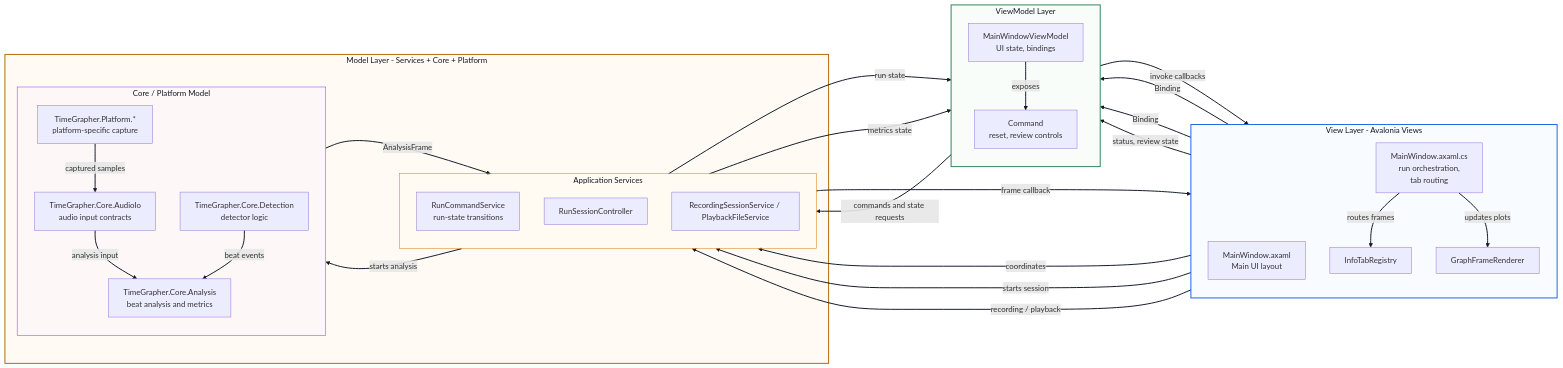
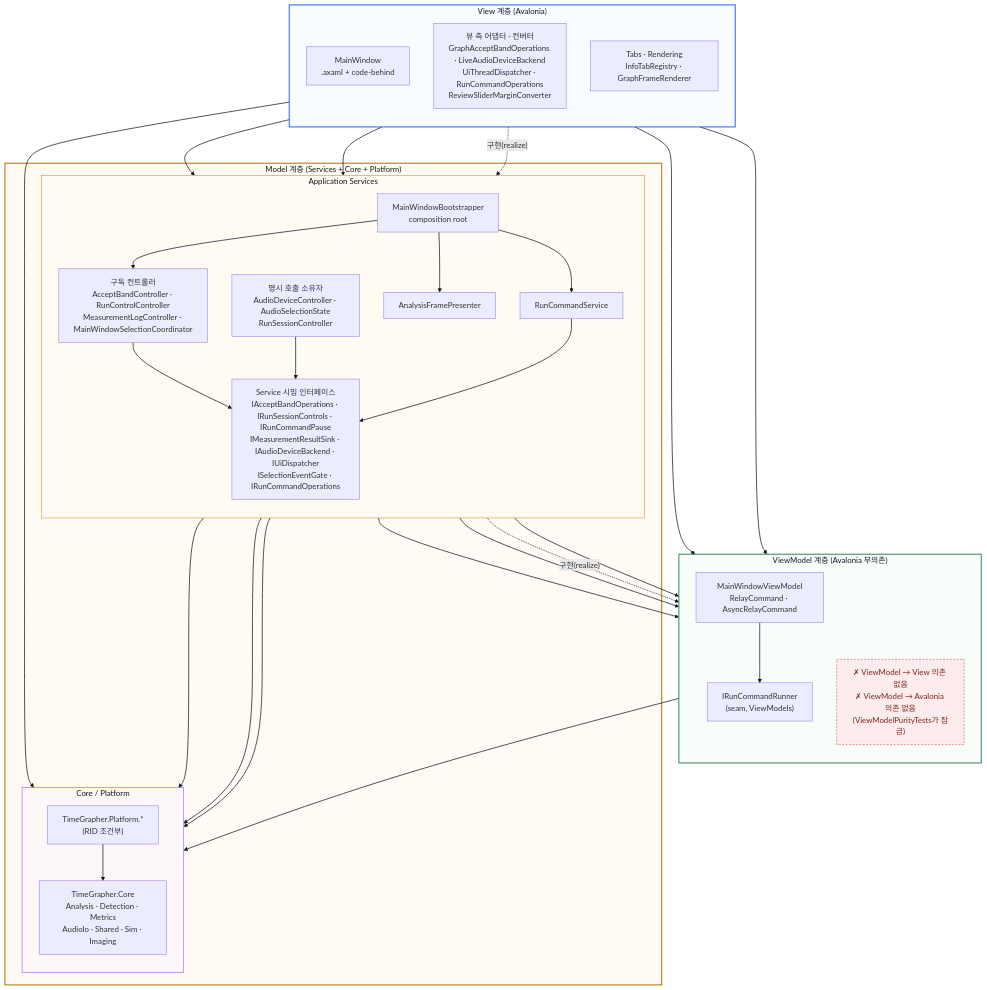
The first of 2 diagrams in docs/for-ai/MVVM_VIEW_ARCHITECTURE.md (Jae-hong-5/TimeGrapher-Net), drawn with Mermaid before and after one commit. The commit also changed other lines of this file, not shown here.

````diff
--- a/docs/for-ai/MVVM_VIEW_ARCHITECTURE.md
+++ b/docs/for-ai/MVVM_VIEW_ARCHITECTURE.md
@@ -11,63 +21,66 @@
 ```mermaid
-flowchart LR
-    subgraph ViewLayer["View Layer - Avalonia Views"]
+flowchart TB
+    subgraph ViewLayer["View 계층 (Avalonia)"]
         direction TB
-        MainView["MainWindow.axaml<br/>Main UI layout"]
-        MainCodeBehind["MainWindow.axaml.cs<br/>run orchestration,<br/>tab routing"]
-        TabViews["InfoTabRegistry"]
-        RenderViews["GraphFrameRenderer"]
+        VView["MainWindow<br/>.axaml + code-behind"]
+        VAdapters["뷰 측 어댑터 · 컨버터<br/>GraphAcceptBandOperations · LiveAudioDeviceBackend<br/>UiThreadDispatcher · RunCommandOperations<br/>ReviewSliderMarginConverter"]
+        VTabs["Tabs · Rendering<br/>InfoTabRegistry · GraphFrameRenderer"]
     end
 
-    subgraph ViewModelLayer["ViewModel Layer"]
+    subgraph ViewModelLayer["ViewModel 계층 (Avalonia 무의존)"]
         direction TB
-        MainVM["MainWindowViewModel<br/>UI state, bindings"]
-        Commands["Command<br/>reset, review controls"]
+        VM["MainWindowViewModel<br/>RelayCommand · AsyncRelayCommand"]
+        Runner["IRunCommandRunner<br/>(seam, ViewModels)"]
+        NoDep["✗ ViewModel → View 의존 없음<br/>✗ ViewModel → Avalonia 의존 없음<br/>(ViewModelPurityTests가 잠금)"]
     end
 
-    subgraph ModelLayer["Model Layer - Services + Core + Platform"]
-    subgraph ServiceLayer["Application Services"]
-        direction TB
-        RunCommand["RunCommandService<br/>run-state transitions"]
-        RunSession["RunSessionController"]
-        Recording["RecordingSessionService / PlaybackFileService"]
-    end
-
-    subgraph CoreLayer["Core / Platform Model"]
-        direction TB
-        Analysis["TimeGrapher.Core.Analysis<br/>beat analysis and metrics"]
-        Detection["TimeGrapher.Core.Detection<br/>detector logic"]
-        AudioIo["TimeGrapher.Core.AudioIo<br/>audio input contracts"]
-        Platform["TimeGrapher.Platform.*<br/>platform-specific capture"]
-    end
+    subgraph ModelLayer["Model 계층 (Services + Core + Platform)"]
+        subgraph Services["Application Services"]
+            direction TB
+            Boot["MainWindowBootstrapper<br/>composition root"]
+            Ctrls["구독 컨트롤러<br/>AcceptBandController · RunControlController<br/>MeasurementLogController · MainWindowSelectionCoordinator"]
+            Owners["명시 호출 소유자<br/>AudioDeviceController · AudioSelectionState<br/>RunSessionController"]
+            RunCmd["RunCommandService"]
+            Presenter["AnalysisFramePresenter"]
+            Seams["Service 시밍 인터페이스<br/>IAcceptBandOperations · IRunSessionControls · IRunCommandPause<br/>IMeasurementResultSink · IAudioDeviceBackend · IUiDispatcher<br/>ISelectionEventGate · IRunCommandOperations"]
+        end
+        subgraph CorePlatform["Core / Platform"]
+            direction TB
+            Core["TimeGrapher.Core<br/>Analysis · Detection · Metrics<br/>AudioIo · Shared · Sim · Imaging"]
+            Platform["TimeGrapher.Platform.*<br/>(RID 조건부)"]
+        end
     end
 
     style ViewLayer fill:#eaf2ff,fill-opacity:0.35,stroke:#2563eb,stroke-width:2px,color:#111827
     style ViewModelLayer fill:#edf8ee,fill-opacity:0.35,stroke:#2f855a,stroke-width:2px,color:#111827
     style ModelLayer fill:#fff3df,fill-opacity:0.35,stroke:#b26a00,stroke-width:2px,color:#111827
-    style ServiceLayer fill:#fffaf0,fill-opacity:0.28,stroke:#d97706,stroke-width:1px,color:#111827
-    style CoreLayer fill:#f7ecff,fill-opacity:0.28,stroke:#7c3aed,stroke-width:1px,color:#111827
-    linkStyle default stroke:#111827,stroke-width:2px
+    style Services fill:#fffaf0,fill-opacity:0.28,stroke:#d97706,stroke-width:1px,color:#111827
+    style CorePlatform fill:#f7ecff,fill-opacity:0.28,stroke:#7c3aed,stroke-width:1px,color:#111827
+    style NoDep fill:#fdecec,stroke:#c0392b,stroke-width:1px,color:#7b241c,stroke-dasharray:4 3
+    linkStyle default stroke:#111827,stroke-width:1.5px
 
-    MainView -->|"Binding"| MainVM
-    TabViews -->|"Binding"| MainVM
+    VView --> VM
+    VView --> Boot
+    VView --> Owners
+    VAdapters -. "구현(realize)" .-> Seams
+    VTabs --> VM
+    VTabs --> Core
 
-    MainVM -->|"exposes"| Commands
-    Commands -->|"invoke callbacks"| MainCodeBehind
+    VM --> Runner
+    VM --> Core
 
-    MainCodeBehind -->|"coordinates"| RunCommand
-    MainCodeBehind -->|"starts session"| RunSession
-    MainCodeBehind -->|"recording / playback"| Recording
-    MainCodeBehind -->|"routes frames"| TabViews
-    MainCodeBehind -->|"updates plots"| RenderViews
-
-    MainVM -->|"commands and state requests"| RunCommand
-    RunCommand -->|"run state"| MainVM
-    RunSession -->|"metrics state"| MainVM
-    RunSession -->|"starts analysis"| Analysis
-    Platform -->|"captured samples"| AudioIo
-    AudioIo -->|"analysis input"| Analysis
-    Detection -->|"beat events"| Analysis
-    Analysis -->|"AnalysisFrame"| RunSession
-    RunSession -->|"frame callback"| MainCodeBehind
-    MainCodeBehind -->|"status, review state"| MainVM
+    Boot --> VM
+    Boot --> Ctrls
+    Boot --> RunCmd
+    Boot --> Presenter
+    Boot --> Core
+    Ctrls --> VM
+    Ctrls --> Seams
+    Owners --> Seams
+    Owners --> Core
+    RunCmd -. "구현(realize)" .-> Runner
+    RunCmd --> Seams
+    Presenter --> VM
+    Presenter --> Core
+    Platform --> Core
 ```
````
